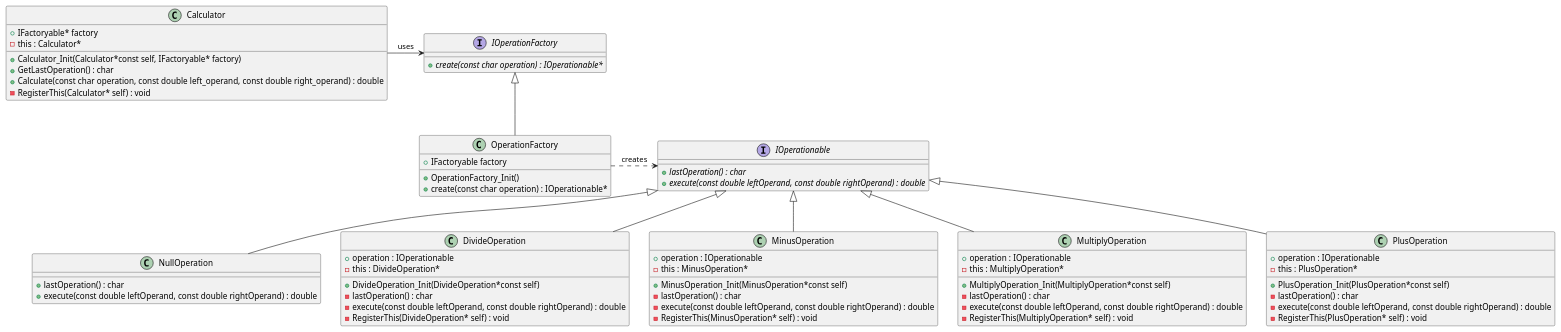
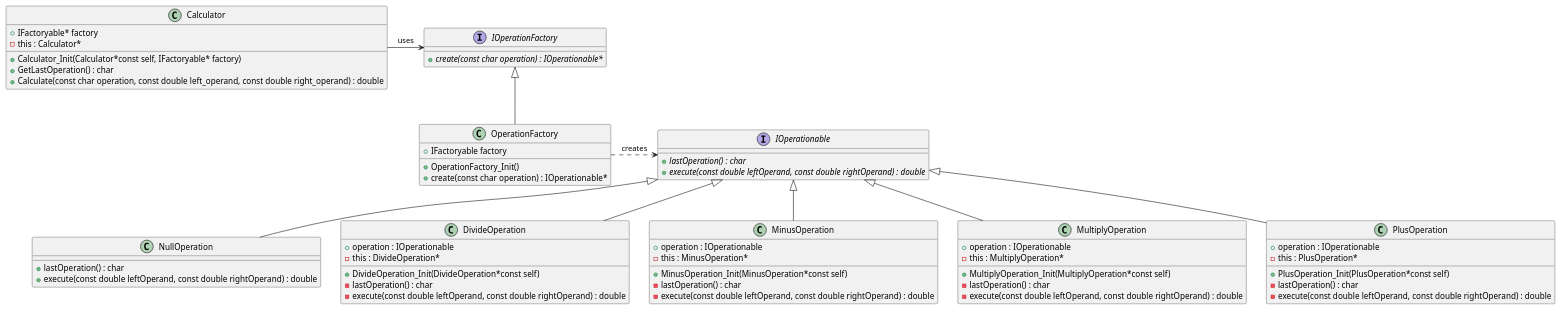
One commit to MatrixWeber/CleanCode_C changed the diagram in Exercises/MyTries/refactoring/simplify_factory/simplify/uml.puml. Above: the diagram before and after it, drawn with PlantUML. The commit also changed 43 other files, not shown here.

```diff
--- a/Exercises/MyTries/refactoring/simplify_factory/simplify/uml.puml
+++ b/Exercises/MyTries/refactoring/simplify_factory/simplify/uml.puml
@@ -1,110 +1,105 @@
 @startuml
 
 
 interface IOperationFactory {
 	+{abstract} create(const char operation) : IOperationable*
 }
 
 
 interface IOperationable {
 	+{abstract} lastOperation() : char
 	+{abstract} execute(const double leftOperand, const double rightOperand) : double
 }
 
 class OperationFactory {
     +IFactoryable factory
 	+OperationFactory_Init()
 	+create(const char operation) : IOperationable*
 }
 
 class NullOperation {
 	+lastOperation() : char
 	+execute(const double leftOperand, const double rightOperand) : double
 }
 
 /' Objects '/
 
 class Calculator {
     +IFactoryable* factory
     -this : Calculator*
 	+Calculator_Init(Calculator*const self, IFactoryable* factory)
 	+GetLastOperation() : char
 	+Calculate(const char operation, const double left_operand, const double right_operand) : double
-    -RegisterThis(Calculator* self) : void
 }
 
 
 class DivideOperation {
 	+DivideOperation_Init(DivideOperation*const self)
 	+operation : IOperationable
 	-this : DivideOperation*
 	-lastOperation() : char
 	-execute(const double leftOperand, const double rightOperand) : double
-    -RegisterThis(DivideOperation* self) : void
 }
 
 class MinusOperation {
 	+MinusOperation_Init(MinusOperation*const self)
 	+operation : IOperationable
 	-this : MinusOperation*
 	-lastOperation() : char
 	-execute(const double leftOperand, const double rightOperand) : double
-    -RegisterThis(MinusOperation* self) : void
 }
 
 
 class MultiplyOperation {
 	+MultiplyOperation_Init(MultiplyOperation*const self)
 	+operation : IOperationable
 	-this : MultiplyOperation*
 	-lastOperation() : char
 	-execute(const double leftOperand, const double rightOperand) : double
-    -RegisterThis(MultiplyOperation* self) : void
 }
 
 
 class PlusOperation {
 	+PlusOperation_Init(PlusOperation*const self)
 	+operation : IOperationable
 	-this : PlusOperation*
 	-lastOperation() : char
 	-execute(const double leftOperand, const double rightOperand) : double
-    -RegisterThis(PlusOperation* self) : void
 }
 
 
 /' Inheritance relationships '/
 
 IOperationFactory <|-- OperationFactory
 
 
 IOperationable <|-- DivideOperation
 
 
 IOperationable <|-- MinusOperation
 
 
 IOperationable <|-- MultiplyOperation
 
 
 IOperationable <|-- NullOperation
 
 
 IOperationable <|-- PlusOperation
 
 
 
 
 
 /' Aggregation relationships '/
 
 Calculator -> IOperationFactory : uses
 
 
 OperationFactory .> IOperationable : creates
 
 
 
 
 
 @enduml
```
